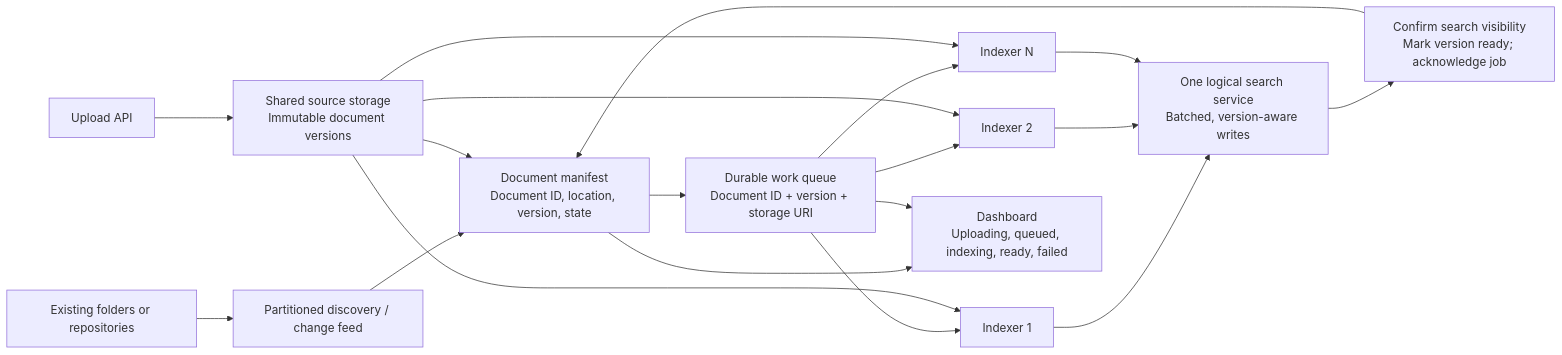
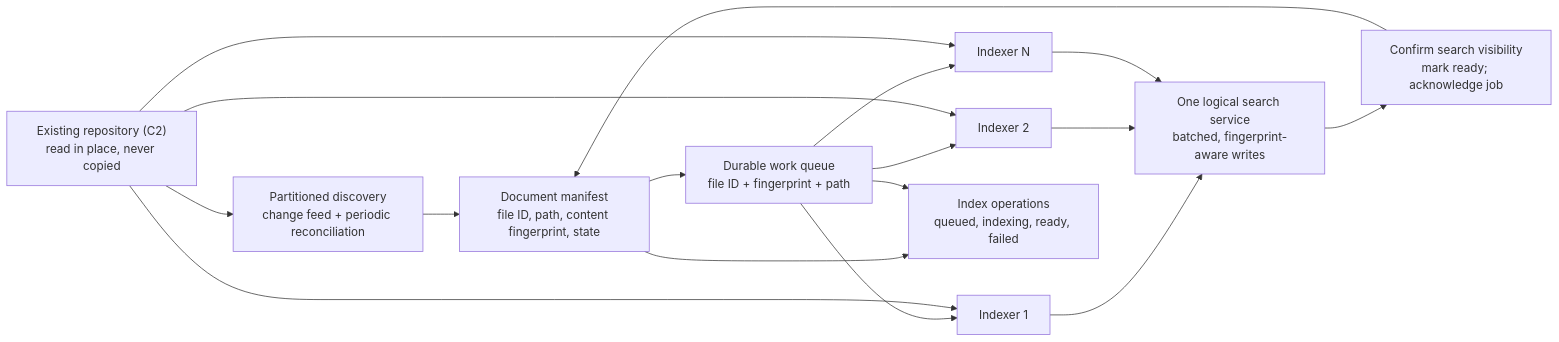
Before and after one commit to Sangrail/test: the diagram in design/SCALING.md, drawn with Mermaid. The commit also changed other lines of this file and 106 other files, not shown here.

````diff
--- a/design/SCALING.md
+++ b/design/SCALING.md
@@ -5,21 +7,19 @@
 ```mermaid
 flowchart LR
-    Upload["Upload API"] --> Store["Shared source storage<br/>Immutable document versions"]
-    Existing["Existing folders or repositories"] --> Discover["Partitioned discovery / change feed"]
-    Discover --> Manifest["Document manifest<br/>Document ID, location, version, state"]
-    Store --> Manifest
-    Manifest --> Queue["Durable work queue<br/>Document ID + version + storage URI"]
+    Repo["Existing repository (C2)<br/>read in place, never copied"] --> Discover["Partitioned discovery<br/>change feed + periodic reconciliation"]
+    Discover --> Manifest["Document manifest<br/>file ID, path, content fingerprint, state"]
+    Manifest --> Queue["Durable work queue<br/>file ID + fingerprint + path"]
     Queue --> W1["Indexer 1"]
     Queue --> W2["Indexer 2"]
     Queue --> WN["Indexer N"]
-    Store --> W1
-    Store --> W2
-    Store --> WN
-    W1 --> Search["One logical search service<br/>Batched, version-aware writes"]
+    Repo --> W1
+    Repo --> W2
+    Repo --> WN
+    W1 --> Search["One logical search service<br/>batched, fingerprint-aware writes"]
     W2 --> Search
     WN --> Search
-    Search --> Ready["Confirm search visibility<br/>Mark version ready; acknowledge job"]
+    Search --> Ready["Confirm search visibility<br/>mark ready; acknowledge job"]
     Ready --> Manifest
-    Manifest --> Dashboard["Dashboard<br/>Uploading, queued, indexing, ready, failed"]
+    Manifest --> Dashboard["Index operations<br/>queued, indexing, ready, failed"]
     Queue --> Dashboard
 ```
````
